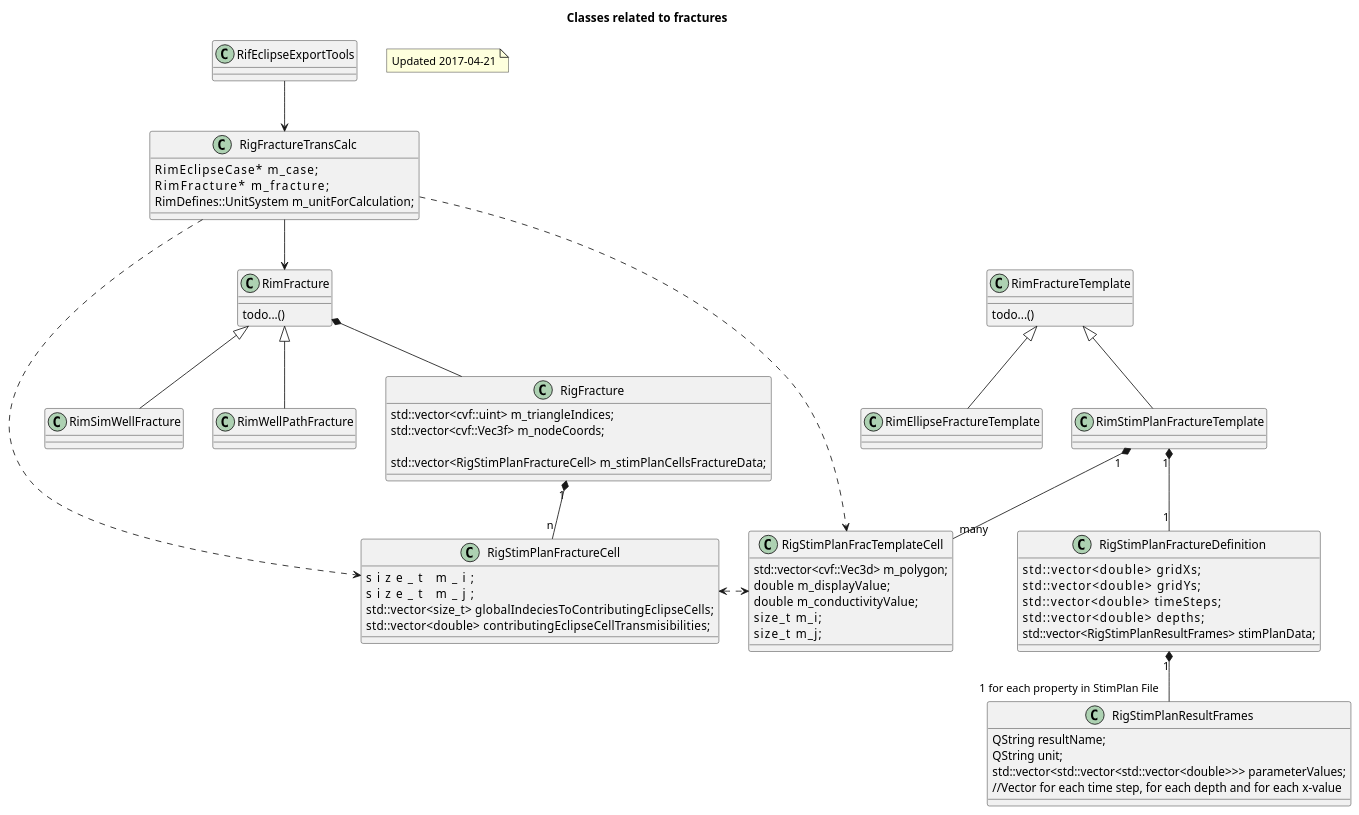
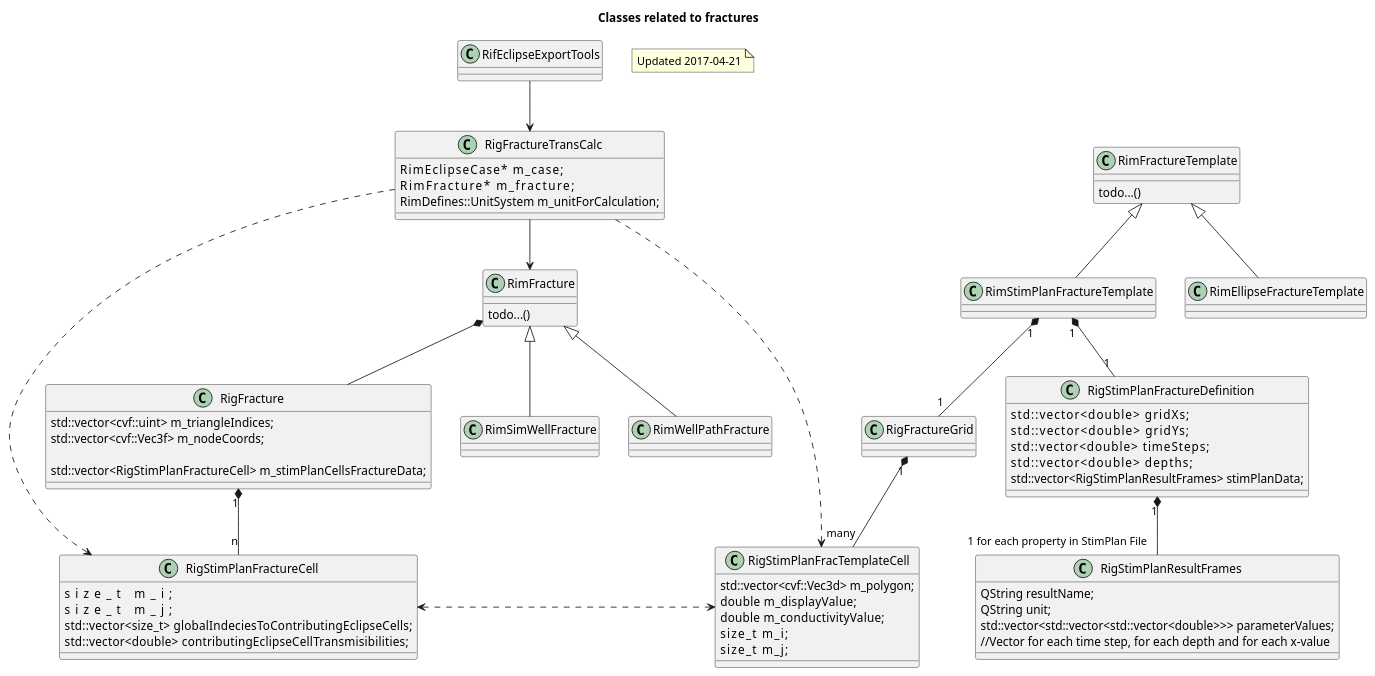
Before and after one commit to OPM/ResInsight: the diagram in doc/fracture_clases.plantuml, drawn with PlantUML. The commit also changed 10 other files, not shown here.

Commit message:
#1487 - pre-proto - Adding class RigFractureGrid, which now holds RigStimPlanFracTemplateCells and functions for accessing these.

```diff
--- a/doc/fracture_clases.plantuml
+++ b/doc/fracture_clases.plantuml
@@ -1,107 +1,112 @@
 @startuml
 
 Title Classes related to fractures
 
 note as N1
  Updated 2017-04-21
 end note
 
 class RimFracture {
   todo...()
 }
 
 class RimSimWellFracture {
 }
 class RimWellPathFracture {
 }
 
 
 RimFracture <|-- RimSimWellFracture
 RimFracture <|-- RimWellPathFracture
 
 class RigFracture{
     std::vector<cvf::uint>  m_triangleIndices;
     std::vector<cvf::Vec3f> m_nodeCoords;
 
     std::vector<RigStimPlanFractureCell>  m_stimPlanCellsFractureData;
 }
 
 class RigStimPlanFractureCell{
     size_t                  m_i;
     size_t                  m_j;
     std::vector<size_t>     globalIndeciesToContributingEclipseCells;
     std::vector<double>     contributingEclipseCellTransmisibilities;
 }
 
 RimFracture *-- RigFracture
 RigFracture "1" *-- "n" RigStimPlanFractureCell
 
 class RimFractureTemplate {
   todo...()
 }
 
 class RimEllipseFractureTemplate {
 }
 class RimStimPlanFractureTemplate {
 }
 
 
 RimFractureTemplate <|-- RimEllipseFractureTemplate
 RimFractureTemplate <|-- RimStimPlanFractureTemplate
 
 class RigStimPlanFractureDefinition{
     std::vector<double>          gridXs;
     std::vector<double>          gridYs;
     std::vector<double>          timeSteps;
     std::vector<double>          depths;
     std::vector<RigStimPlanResultFrames> stimPlanData;
 
 }
 
 class RigStimPlanFracTemplateCell{
     std::vector<cvf::Vec3d> m_polygon;
     double   m_displayValue;
     double   m_conductivityValue;
     size_t     m_i;
     size_t     m_j;
 
 
 }
 
+class RigFractureGrid{
+}
+
+
 RimStimPlanFractureTemplate "1" *-- "1" RigStimPlanFractureDefinition
-RimStimPlanFractureTemplate "1" *-- "many" RigStimPlanFracTemplateCell
+RimStimPlanFractureTemplate "1" *-- "1" RigFractureGrid
+RigFractureGrid "1" *-- "many" RigStimPlanFracTemplateCell
 
 RigStimPlanFractureCell <.> RigStimPlanFracTemplateCell
 
 class RigStimPlanResultFrames{
     QString resultName;
     QString unit;
     std::vector<std::vector<std::vector<double>>> parameterValues;
     //Vector for each time step, for each depth and for each x-value
 
 }
 
 RigStimPlanFractureDefinition "1" *-- "1 for each property in StimPlan File" RigStimPlanResultFrames
 
 
 class RigFractureTransCalc{
     RimEclipseCase*         m_case;
     RimFracture*            m_fracture;
     RimDefines::UnitSystem  m_unitForCalculation;
 }
 
 RigFractureTransCalc --> RimFracture 
 RigFractureTransCalc ..> RigStimPlanFracTemplateCell
 RigFractureTransCalc ..> RigStimPlanFractureCell
 
 
 class RifEclipseExportTools{
 }
 
 RifEclipseExportTools --> RigFractureTransCalc 
 
 
 
 
 
 @enduml
```
